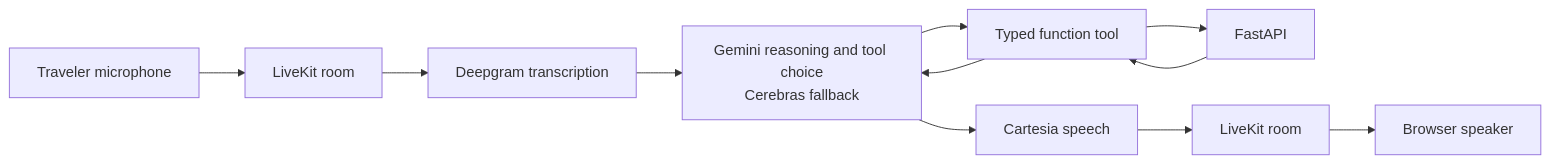
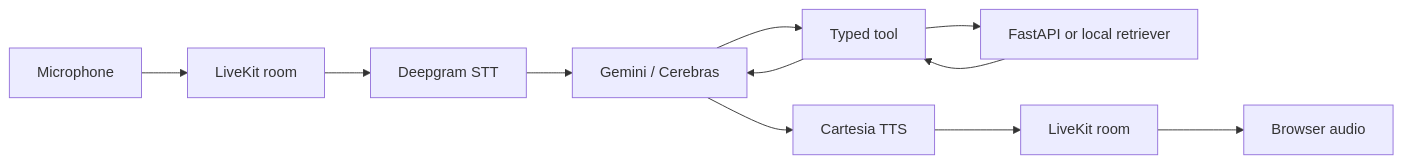
Before and after one commit to Parth-Bisht-227/waypoint-voice-ai: the second of 8 diagrams in docs/ARCHITECTURE.md, drawn with Mermaid. The commit also changed other lines of this file and 6 other files, not shown here.

````diff
--- a/docs/ARCHITECTURE.md
+++ b/docs/ARCHITECTURE.md
@@ -72,13 +70,12 @@
-```mermaid
+~~~mermaid
 flowchart LR
-    Mic[Traveler microphone] --> LKIn[LiveKit room]
-    LKIn --> STT[Deepgram transcription]
-    STT --> LLM[Gemini reasoning and tool choice<br/>Cerebras fallback]
-    LLM --> Tool[Typed function tool]
-    Tool --> API[FastAPI]
-    API --> Tool
-    Tool --> LLM
-    LLM --> TTS[Cartesia speech]
-    TTS --> LKOut[LiveKit room]
-    LKOut --> Speaker[Browser speaker]
-```
+    Mic[Microphone] --> RoomIn[LiveKit room]
+    RoomIn --> STT[Deepgram STT]
+    STT --> LLM[Gemini / Cerebras]
+    LLM --> Tool[Typed tool]
+    Tool --> API[FastAPI or local retriever]
+    API --> Tool --> LLM
+    LLM --> TTS[Cartesia TTS]
+    TTS --> RoomOut[LiveKit room]
+    RoomOut --> Speaker[Browser audio]
+~~~
````
